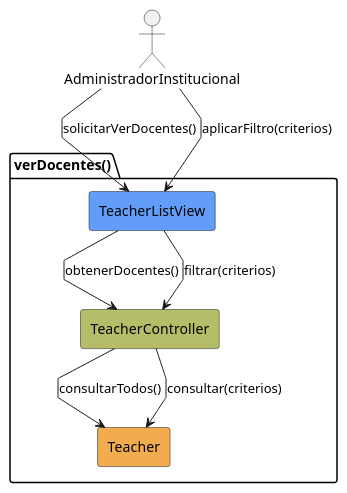
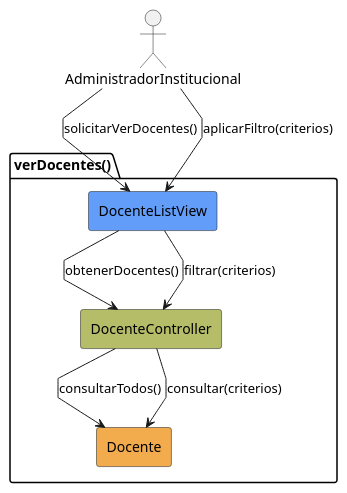
One commit to liamanderson873/25-26-idsw2-sdVC changed the diagram in RUP/01-analisis/casos-uso/CU-24-verDocentes/analisis-colaboracion-CU-24-verDocentes.puml. Above: the diagram before and after it, drawn with PlantUML. The commit also changed 133 other files, not shown here.

First line of the commit message:
RUP: completar diagramas de análisis y diseño para los 41 casos de uso

```diff
--- a/RUP/01-analisis/casos-uso/CU-24-verDocentes/analisis-colaboracion-CU-24-verDocentes.puml
+++ b/RUP/01-analisis/casos-uso/CU-24-verDocentes/analisis-colaboracion-CU-24-verDocentes.puml
@@ -1,19 +1,19 @@
 @startuml verDocentes-analisis
 skinparam linetype polyline
 
 actor AdministradorInstitucional
 package verDocentes as "verDocentes()" {
-    rectangle #629EF9 TeacherListView
-    rectangle #b5bd68 TeacherController
-    rectangle #F2AC4E Teacher
+    rectangle #629EF9 DocenteListView
+    rectangle #b5bd68 DocenteController
+    rectangle #F2AC4E Docente
 }
 
-AdministradorInstitucional -r-> TeacherListView: solicitarVerDocentes()
-TeacherListView -d-> TeacherController: obtenerDocentes()
-TeacherController --> Teacher: consultarTodos()
+AdministradorInstitucional -r-> DocenteListView: solicitarVerDocentes()
+DocenteListView -d-> DocenteController: obtenerDocentes()
+DocenteController --> Docente: consultarTodos()
 
-AdministradorInstitucional --> TeacherListView: aplicarFiltro(criterios)
-TeacherListView --> TeacherController: filtrar(criterios)
-TeacherController --> Teacher: consultar(criterios)
+AdministradorInstitucional --> DocenteListView: aplicarFiltro(criterios)
+DocenteListView --> DocenteController: filtrar(criterios)
+DocenteController --> Docente: consultar(criterios)
 
 @enduml
```
